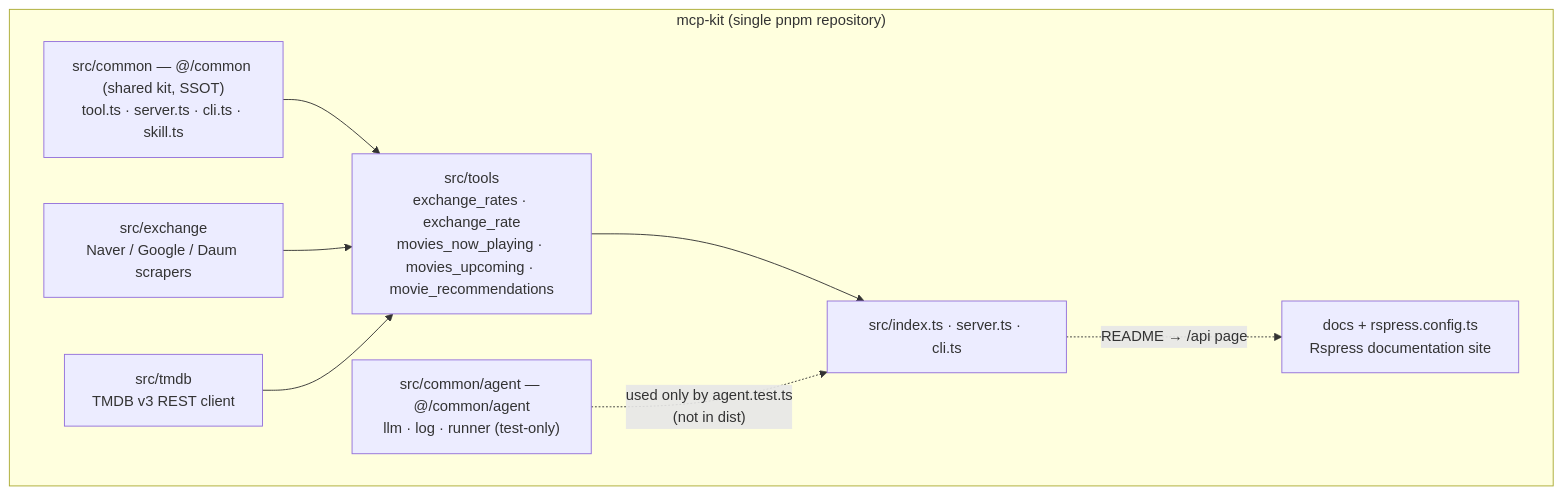
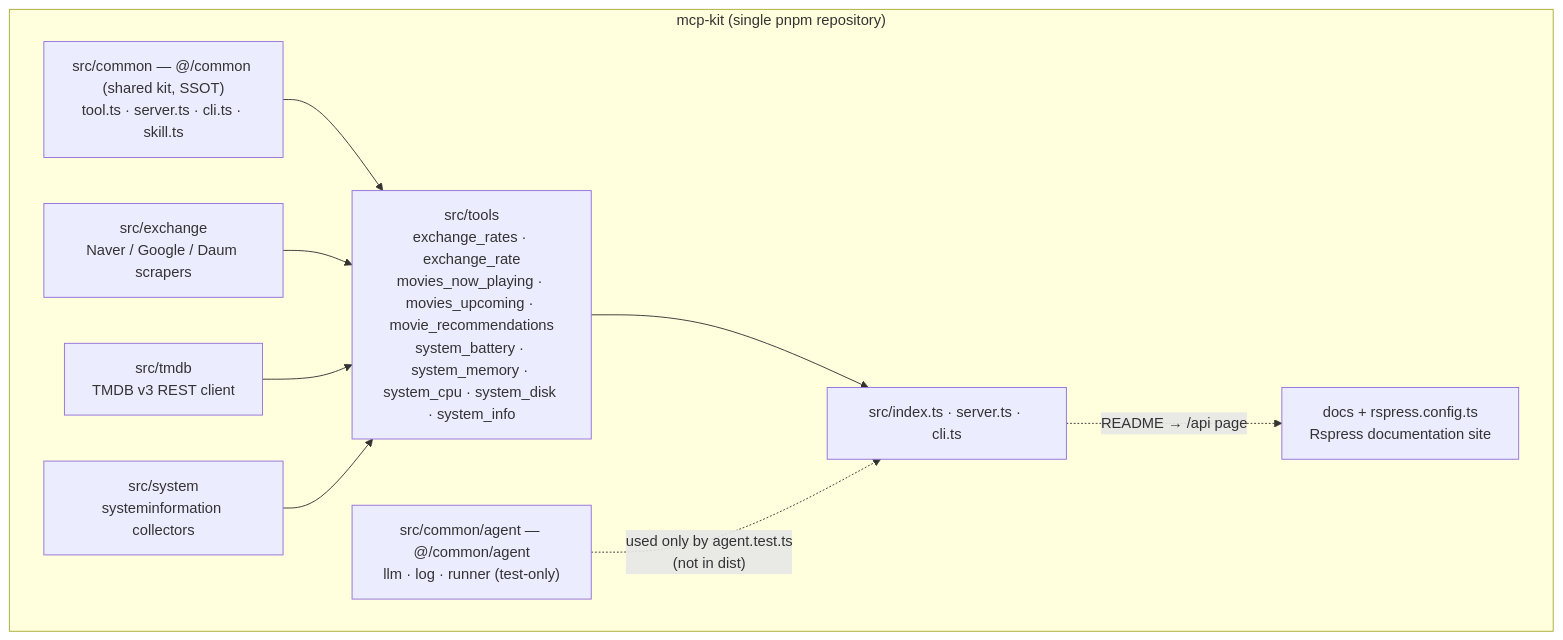
One commit to jl917/mcp-kit changed the first of 4 diagrams in docs/03-architecture.md. Above: the diagram before and after it, drawn with Mermaid. The commit also changed other lines of this file and 28 other files, not shown here.

First line of the commit message:
feat(system): add battery, memory, cpu, and disk tools (#58)

````diff
--- a/docs/03-architecture.md
+++ b/docs/03-architecture.md
@@ -142,19 +165,21 @@
 ```mermaid
 graph TD
     subgraph Repo["mcp-kit (single pnpm repository)"]
         Common["src/common — @/common (shared kit, SSOT)<br/>tool.ts · server.ts · cli.ts · skill.ts"]
         Agent["src/common/agent — @/common/agent<br/>llm · log · runner (test-only)"]
         Exchange["src/exchange<br/>Naver / Google / Daum scrapers"]
         Tmdb["src/tmdb<br/>TMDB v3 REST client"]
-        Tools["src/tools<br/>exchange_rates · exchange_rate<br/>movies_now_playing · movies_upcoming · movie_recommendations"]
+        System["src/system<br/>systeminformation collectors"]
+        Tools["src/tools<br/>exchange_rates · exchange_rate<br/>movies_now_playing · movies_upcoming · movie_recommendations<br/>system_battery · system_memory · system_cpu · system_disk · system_info"]
         Entries["src/index.ts · server.ts · cli.ts"]
         Site["docs + rspress.config.ts<br/>Rspress documentation site"]
     end
 
     Common --> Tools
     Exchange --> Tools
     Tmdb --> Tools
+    System --> Tools
     Tools --> Entries
     Agent -.->|"used only by agent.test.ts<br/>(not in dist)"| Entries
     Entries -.->|"README → /api page"| Site
 ```
````
